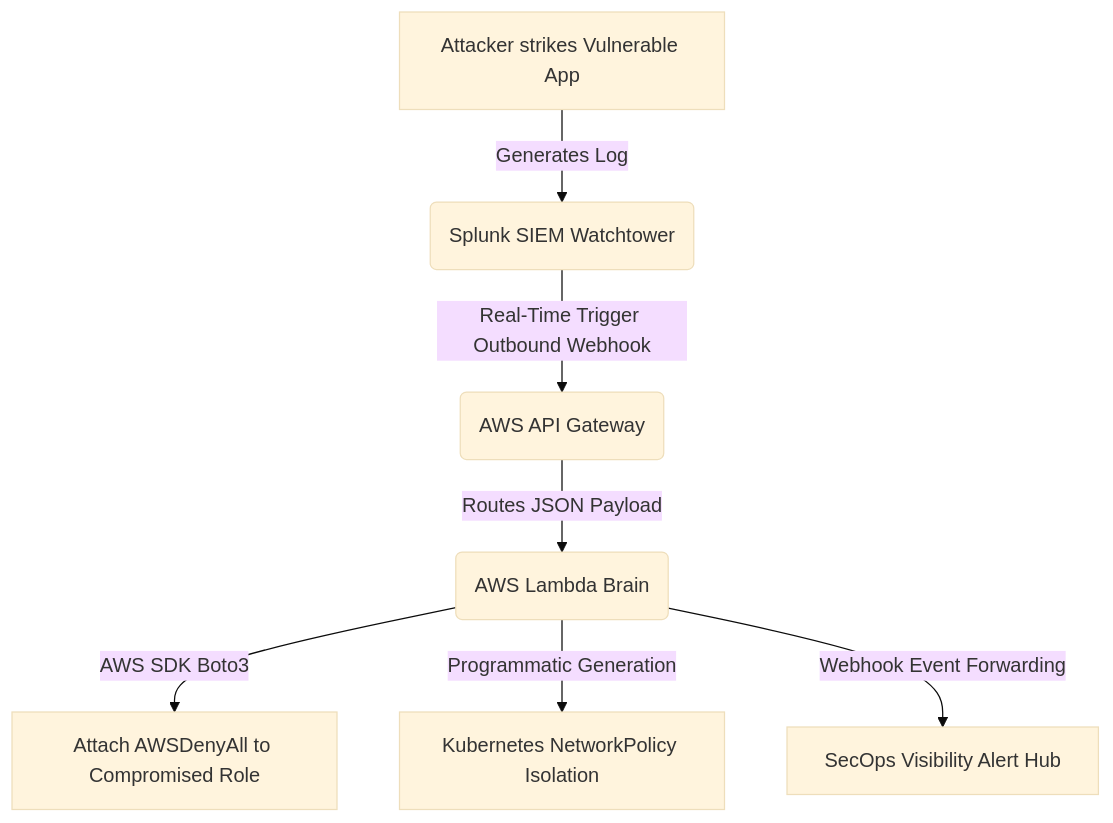
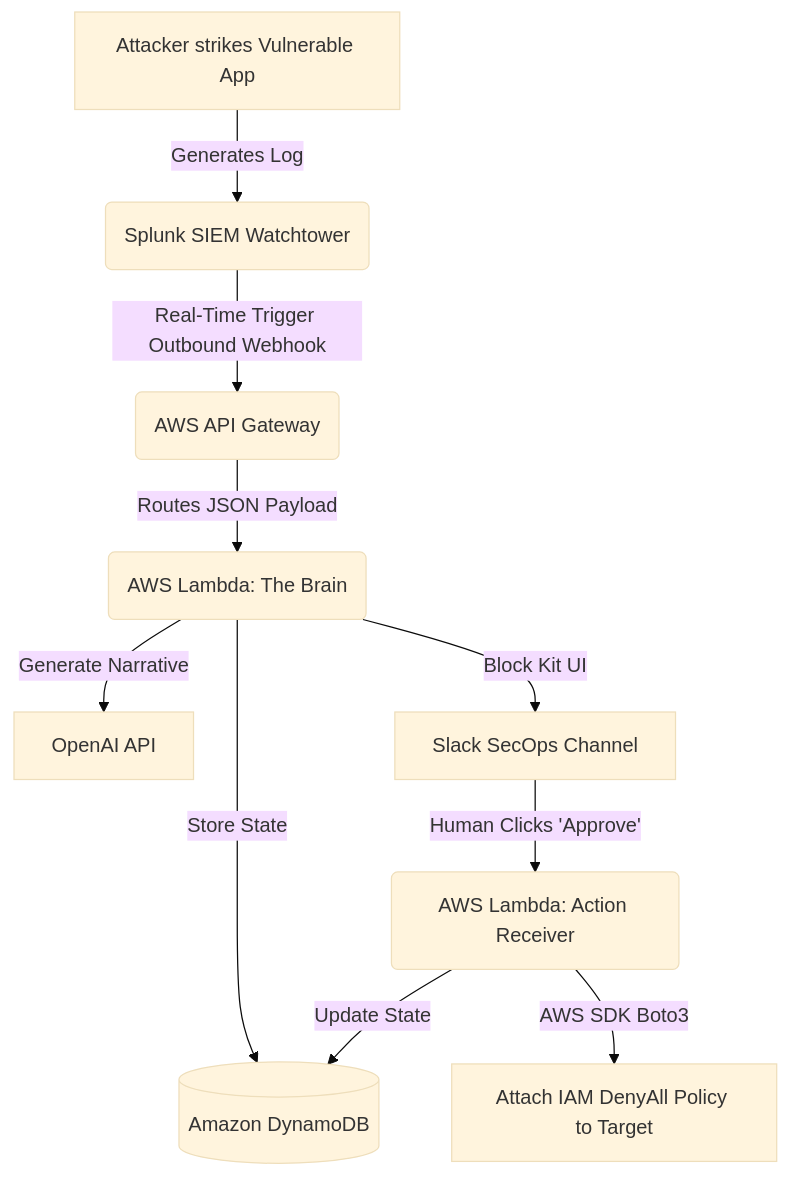
The diagram in README.md (PeteAndrews1289/aws-automated-soar-playbook), drawn with Mermaid (base theme) before and after one commit. The commit also changed other lines of this file, not shown here.

````diff
--- a/README.md
+++ b/README.md
@@ -7,9 +7,12 @@
 ```mermaid
 graph TD
     A[Attacker strikes Vulnerable App] -->|Generates Log| B(Splunk SIEM Watchtower)
     B -->|Real-Time Trigger Outbound Webhook| C(AWS API Gateway)
-    C -->|Routes JSON Payload| D(AWS Lambda Brain)
-    D -->|AWS SDK Boto3| E[Attach AWSDenyAll to Compromised Role]
-    D -->|Programmatic Generation| F[Kubernetes NetworkPolicy Isolation]
-    D -->|Webhook Event Forwarding| G[SecOps Visibility Alert Hub]
+    C -->|Routes JSON Payload| D(AWS Lambda: The Brain)
+    D -->|Store State| E[(Amazon DynamoDB)]
+    D -->|Generate Narrative| F[OpenAI API]
+    D -->|Block Kit UI| G[Slack SecOps Channel]
+    G -->|Human Clicks 'Approve'| H(AWS Lambda: Action Receiver)
+    H -->|Update State| E
+    H -->|AWS SDK Boto3| I[Attach IAM DenyAll Policy to Target]
 ```
````
